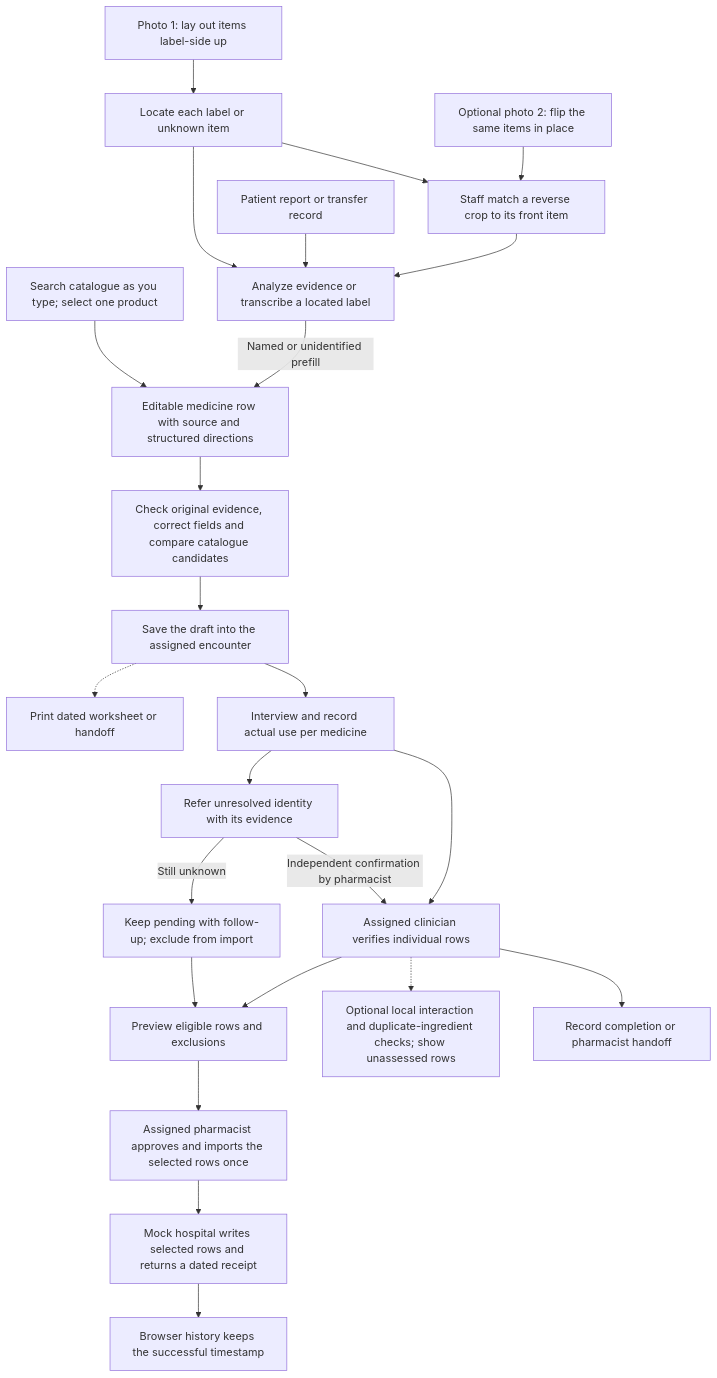
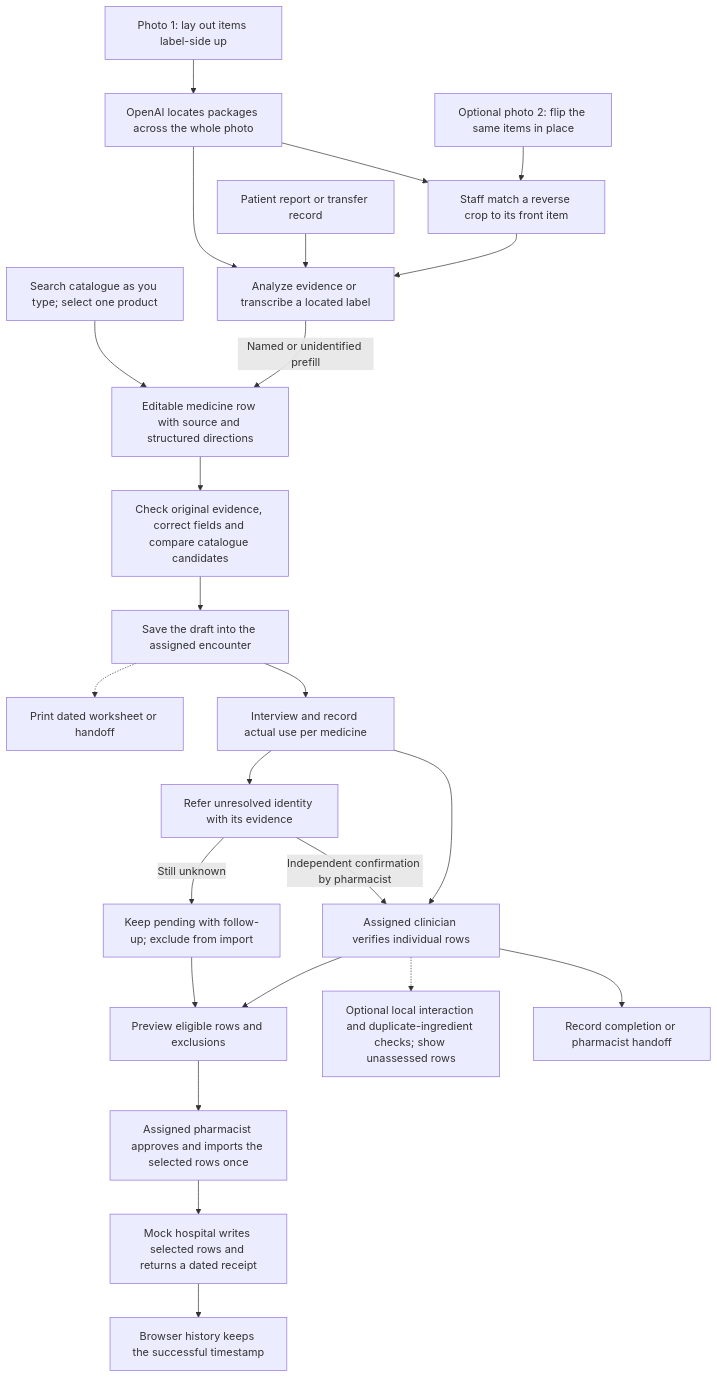
Before and after one commit to pakornds/Medication-Reader: the diagram in docs/specs/medication-reader-v1.md, drawn with Mermaid. The commit also changed 2 other files, not shown here.

Commit message:
Explain whole-photo analysis and load the server model configuration

````diff
--- a/docs/specs/medication-reader-v1.md
+++ b/docs/specs/medication-reader-v1.md
@@ -13,26 +13,26 @@
 ```mermaid
 flowchart TD
   manual["Search catalogue as you type; select one product"] --> row["Editable medicine row with source and structured directions"]
-  front["Photo 1: lay out items label-side up"] --> locate["Locate each label or unknown item"]
+  front["Photo 1: lay out items label-side up"] --> locate["OpenAI locates packages across the whole photo"]
   reverse["Optional photo 2: flip the same items in place"] --> pair["Staff match a reverse crop to its front item"]
   locate --> pair
   locate --> extract["Analyze evidence or transcribe a located label"]
   pair --> extract
   note["Patient report or transfer record"] --> extract
   extract -->|"Named or unidentified prefill"| row
   row --> compare["Check original evidence, correct fields and compare catalogue candidates"]
   compare --> save["Save the draft into the assigned encounter"]
   save --> interview["Interview and record actual use per medicine"]
   interview --> verify["Assigned clinician verifies individual rows"]
   interview --> refer["Refer unresolved identity with its evidence"]
   refer -->|"Independent confirmation by pharmacist"| verify
   refer -->|"Still unknown"| pending["Keep pending with follow-up; exclude from import"]
   verify --> finish["Record completion or pharmacist handoff"]
   verify -.-> checks["Optional local interaction and duplicate-ingredient checks; show unassessed rows"]
   save -.-> print["Print dated worksheet or handoff"]
   verify --> output["Preview eligible rows and exclusions"]
   pending --> output
   output --> approve["Assigned pharmacist approves and imports the selected rows once"]
   approve --> receipt["Mock hospital writes selected rows and returns a dated receipt"]
   receipt --> history["Browser history keeps the successful timestamp"]
 ```
````
